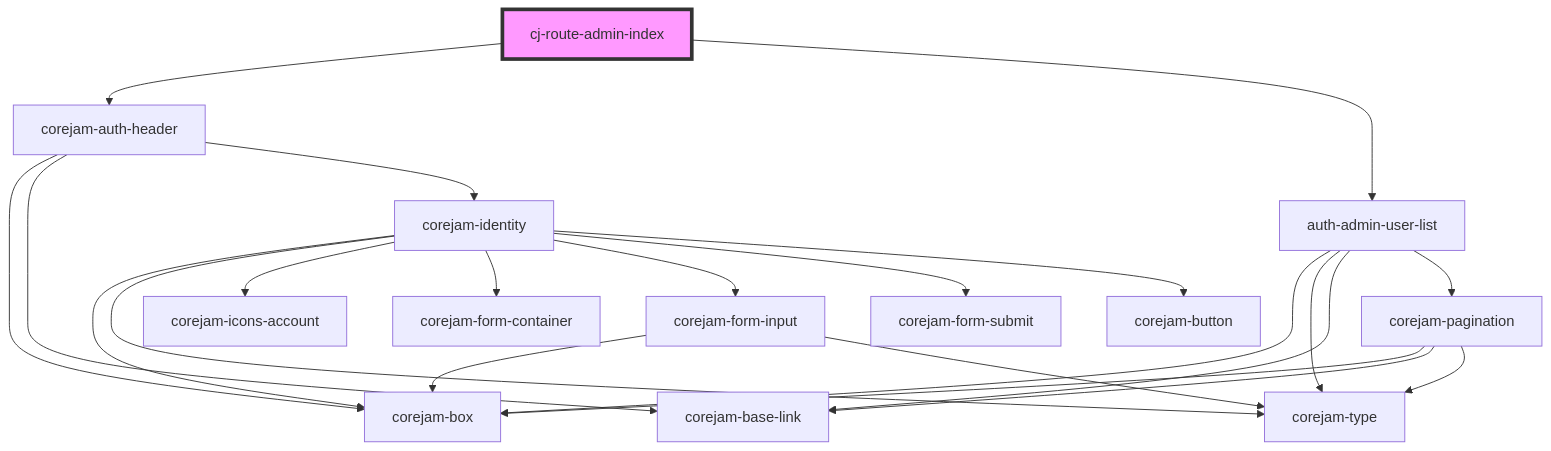
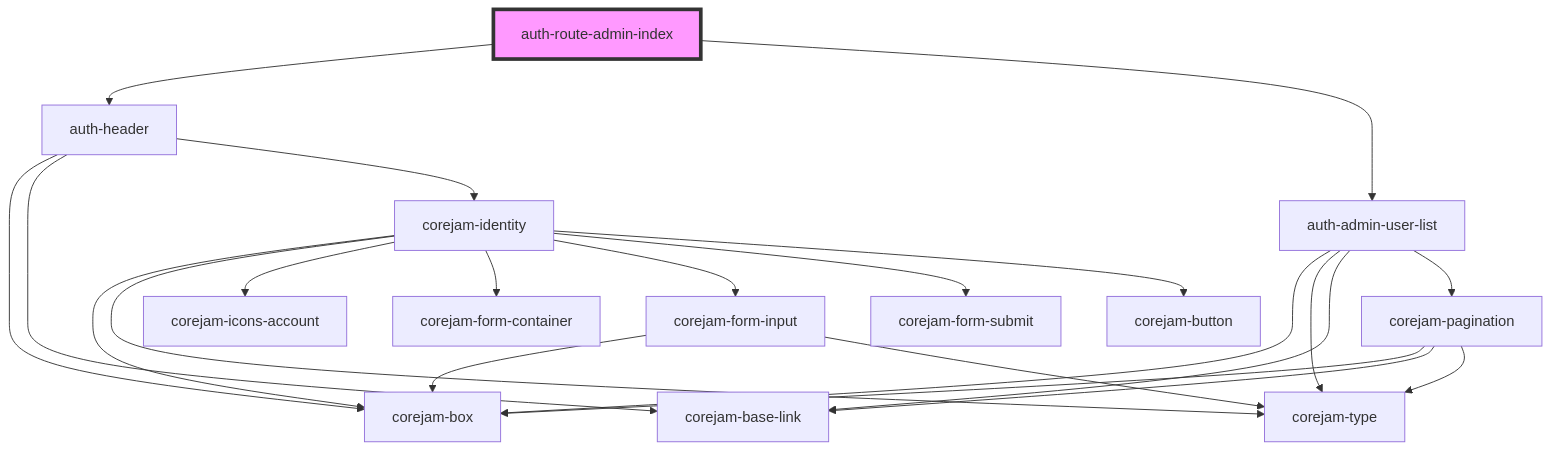
The diagram in packages/auth/app/routes/admin/users/readme.md (corejam/corejam), drawn with Mermaid before and after one commit. The commit also changed other lines of this file and 35 other files, not shown here.

````diff
--- a/packages/auth/app/routes/admin/users/readme.md
+++ b/packages/auth/app/routes/admin/users/readme.md
@@ -16,25 +16,25 @@
 ```mermaid
 graph TD;
-  cj-route-admin-index --> corejam-auth-header
-  cj-route-admin-index --> auth-admin-user-list
-  corejam-auth-header --> corejam-box
-  corejam-auth-header --> corejam-base-link
-  corejam-auth-header --> corejam-identity
+  auth-route-admin-index --> auth-header
+  auth-route-admin-index --> auth-admin-user-list
+  auth-header --> corejam-box
+  auth-header --> corejam-base-link
+  auth-header --> corejam-identity
   corejam-identity --> corejam-box
   corejam-identity --> corejam-type
   corejam-identity --> corejam-icons-account
   corejam-identity --> corejam-form-container
   corejam-identity --> corejam-form-input
   corejam-identity --> corejam-form-submit
   corejam-identity --> corejam-button
   corejam-form-input --> corejam-box
   corejam-form-input --> corejam-type
   auth-admin-user-list --> corejam-box
   auth-admin-user-list --> corejam-type
   auth-admin-user-list --> corejam-base-link
   auth-admin-user-list --> corejam-pagination
   corejam-pagination --> corejam-box
   corejam-pagination --> corejam-base-link
   corejam-pagination --> corejam-type
-  style cj-route-admin-index fill:#f9f,stroke:#333,stroke-width:4px
+  style auth-route-admin-index fill:#f9f,stroke:#333,stroke-width:4px
 ```
````
